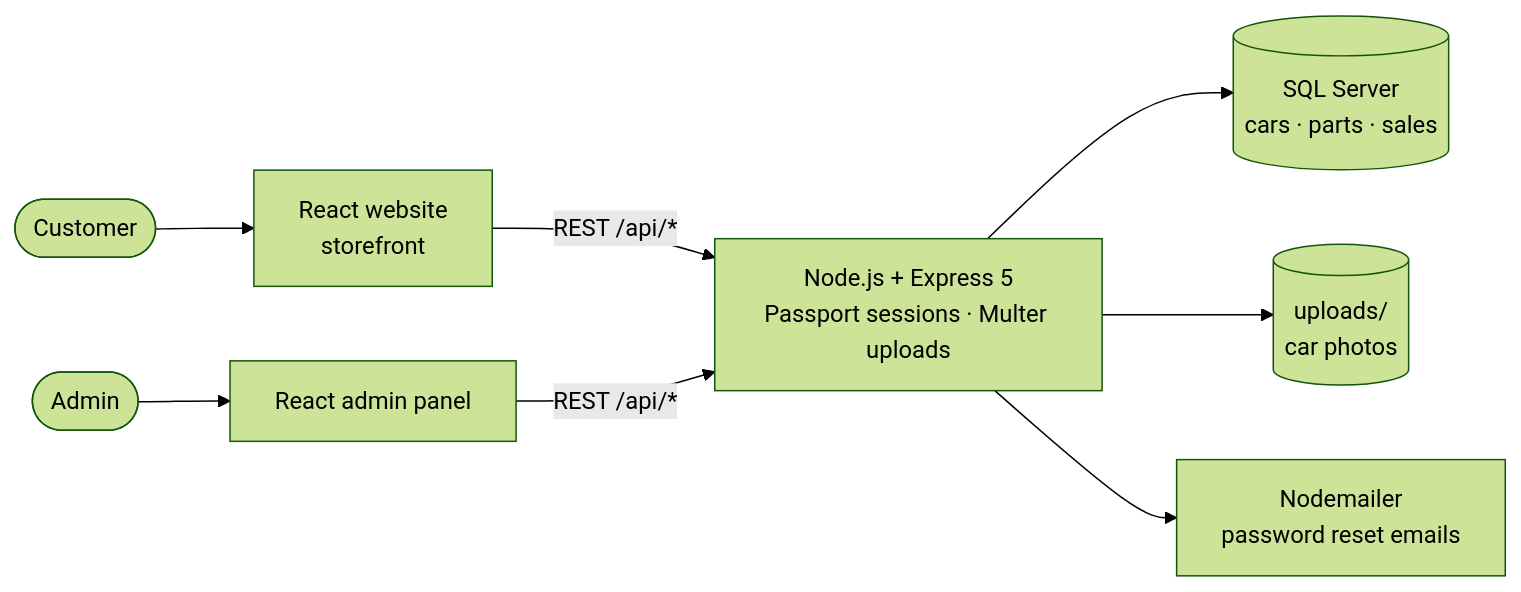
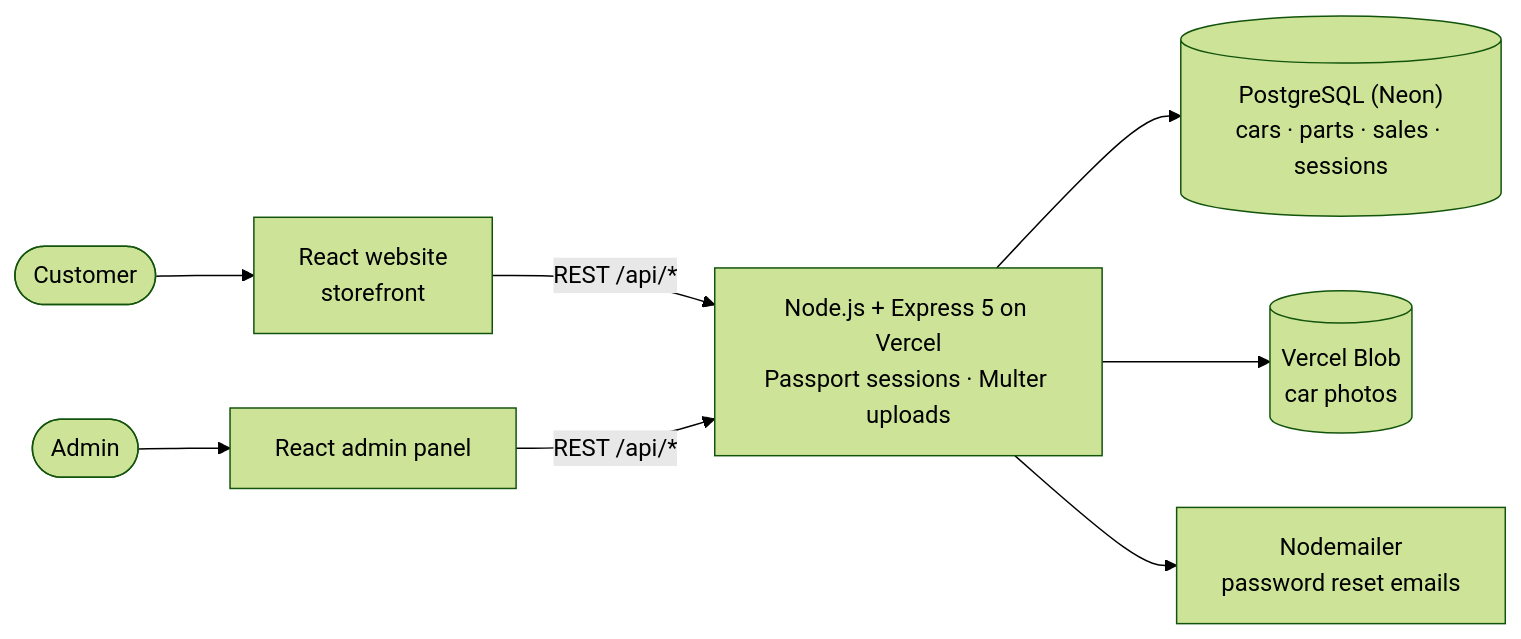
One commit to Rohullah1122/Rahmani-s-Group changed the diagram in docs/architecture.mmd. Above: the diagram before and after it, drawn with Mermaid (forest theme). The commit also changed 8230 other files, not shown here.

First line of the commit message:
Add the React frontend, move to PostgreSQL and get ready for Vercel

```diff
--- a/docs/architecture.mmd
+++ b/docs/architecture.mmd
@@ -1,7 +1,7 @@
 flowchart LR
     C(["Customer"]) --> W["React website<br/>storefront"]
     A(["Admin"]) --> AP["React admin panel"]
-    W & AP -->|"REST /api/*"| API["Node.js + Express 5<br/>Passport sessions · Multer uploads"]
-    API --> DB[("SQL Server<br/>cars · parts · sales")]
-    API --> UP[("uploads/<br/>car photos")]
+    W & AP -->|"REST /api/*"| API["Node.js + Express 5 on Vercel<br/>Passport sessions · Multer uploads"]
+    API --> DB[("PostgreSQL (Neon)<br/>cars · parts · sales · sessions")]
+    API --> UP[("Vercel Blob<br/>car photos")]
     API --> M["Nodemailer<br/>password reset emails"]
```
